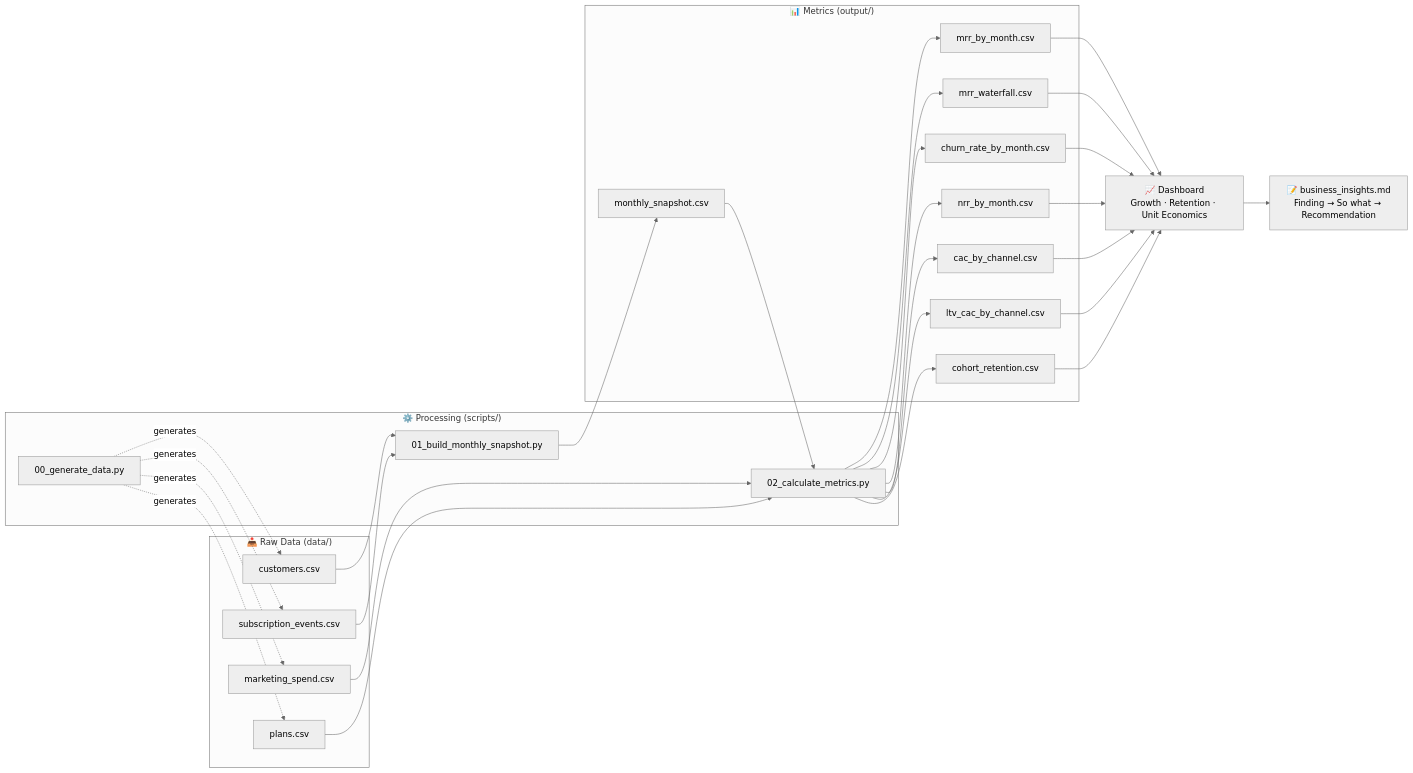
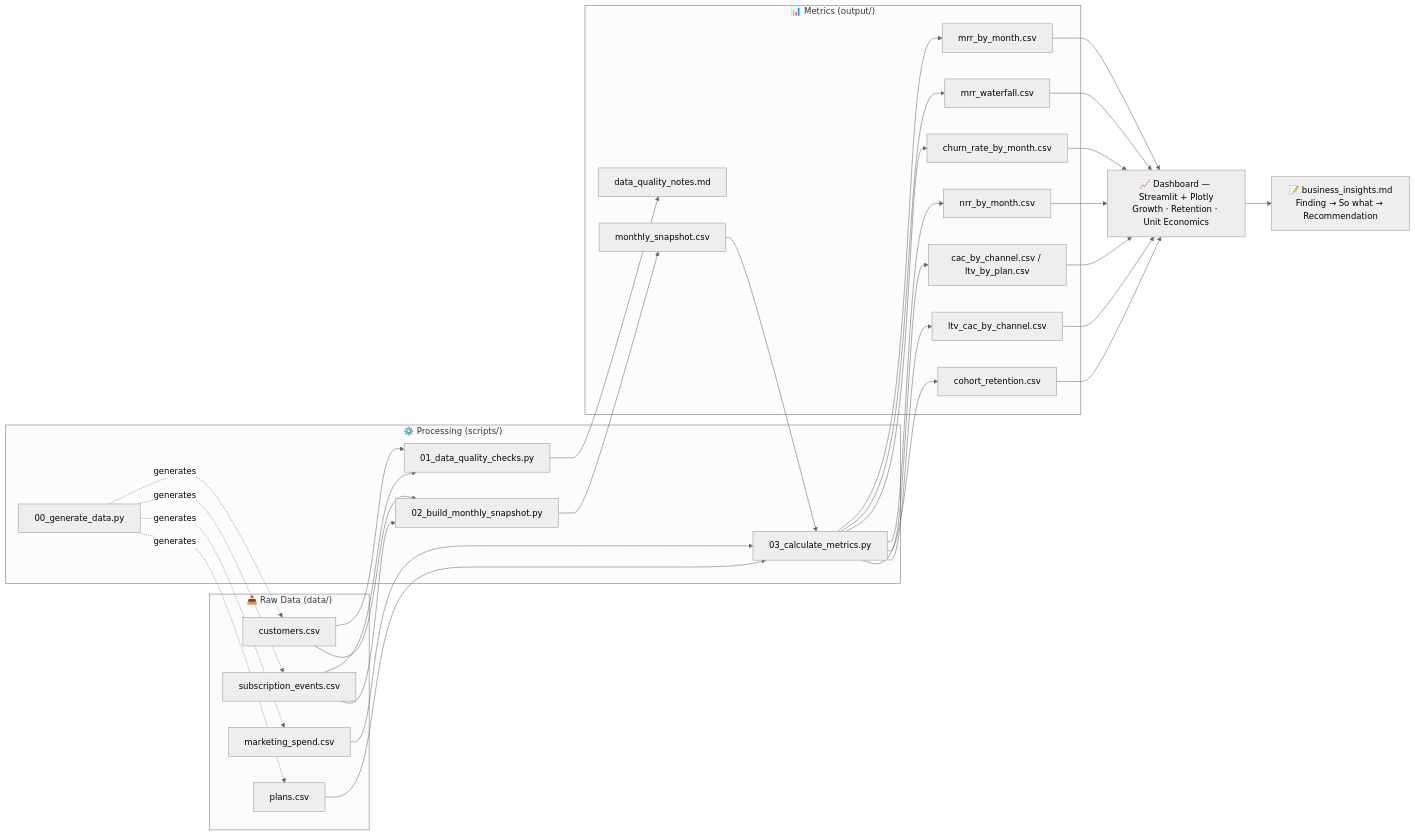
The first of 3 diagrams in README.md (hansatthu/taskflow-saas-metrics), drawn with Mermaid (neutral theme) before and after one commit. The commit also changed other lines of this file and 15 other files, not shown here.

First line of the commit message:
Complete the full BA pipeline: data quality, metrics, dashboard, insights

````diff
--- a/README.md
+++ b/README.md
@@ -66,37 +84,40 @@
 ```mermaid
 flowchart LR
     subgraph Raw["📥 Raw Data (data/)"]
         A1[customers.csv]
         A2[subscription_events.csv]
         A3[marketing_spend.csv]
         A4[plans.csv]
     end
 
     subgraph Pipeline["⚙️ Processing (scripts/)"]
         B0[00_generate_data.py]
-        B1[01_build_monthly_snapshot.py]
-        B2[02_calculate_metrics.py]
+        BQ[01_data_quality_checks.py]
+        B1[02_build_monthly_snapshot.py]
+        B2[03_calculate_metrics.py]
     end
 
     subgraph Outputs["📊 Metrics (output/)"]
+        C0[data_quality_notes.md]
         C1[monthly_snapshot.csv]
         C2[mrr_by_month.csv]
         C3[mrr_waterfall.csv]
         C4[churn_rate_by_month.csv]
         C5[nrr_by_month.csv]
-        C6[cac_by_channel.csv]
+        C6[cac_by_channel.csv / ltv_by_plan.csv]
         C7[ltv_cac_by_channel.csv]
         C8[cohort_retention.csv]
     end
 
-    D[📈 Dashboard\nGrowth · Retention · Unit Economics]
+    D[📈 Dashboard — Streamlit + Plotly\nGrowth · Retention · Unit Economics]
     E[📝 business_insights.md\nFinding → So what → Recommendation]
 
     B0 -.generates.-> A1 & A2 & A3 & A4
+    A1 & A2 --> BQ --> C0
     A1 & A2 --> B1 --> C1
     C1 --> B2
     A3 & A4 --> B2
     B2 --> C2 & C3 & C4 & C5 & C6 & C7 & C8
     C2 & C3 & C4 & C5 & C6 & C7 & C8 --> D
     D --> E
 ```
````
